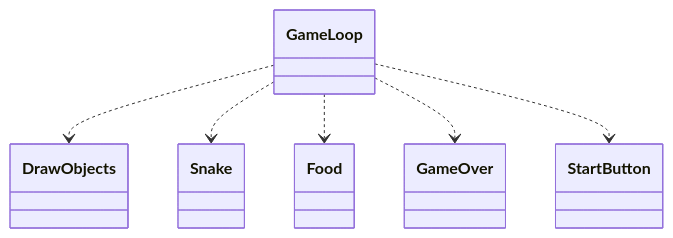
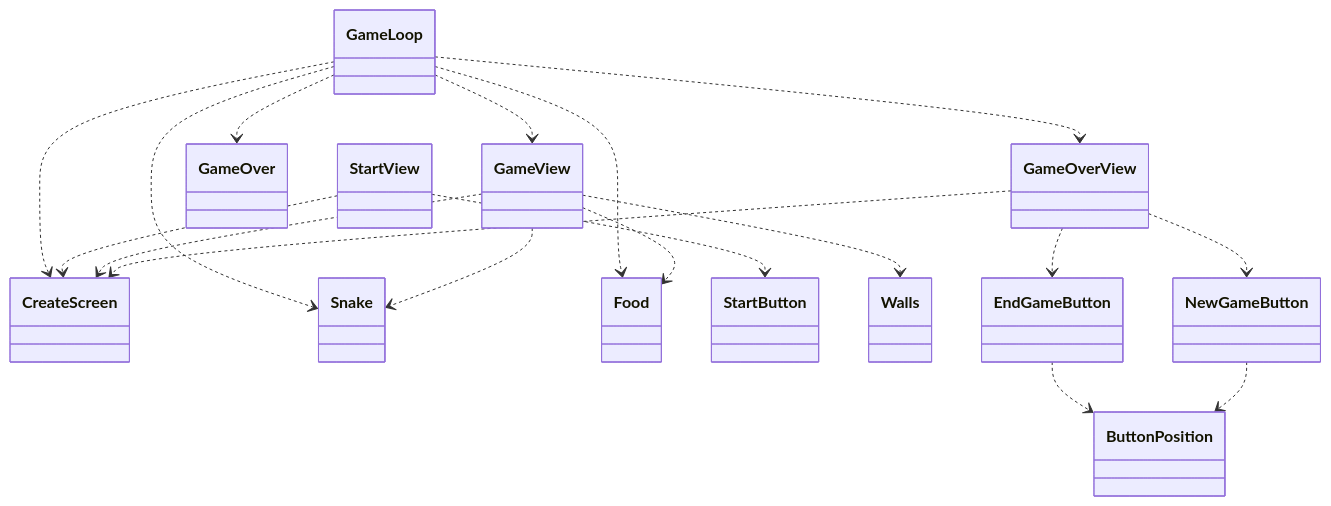
The first of 2 diagrams in dokumentaatio/arkkitehtuuri.md (sannilatvala/ot-harjoitustyo), drawn with Mermaid before and after one commit. The commit also changed other lines of this file and 36 other files, not shown here.

````diff
--- a/dokumentaatio/arkkitehtuuri.md
+++ b/dokumentaatio/arkkitehtuuri.md
@@ -2,8 +4,21 @@
 ```mermaid
 classDiagram
-    GameLoop ..> DrawObjects
+    GameLoop ..> GameView
+    GameLoop ..> GameOverView
+    GameLoop ..> CreateScreen
     GameLoop ..> Snake
     GameLoop ..> Food
     GameLoop ..> GameOver
-    GameLoop ..> StartButton
+    StartView ..> StartButton
+    StartView ..> CreateScreen
+    GameView ..> CreateScreen
+    GameView ..> Walls
+    GameView ..> Food
+    GameView ..> Snake
+    GameOverView ..> EndGameButton
+    GameOverView ..> NewGameButton
+    GameOverView ..> CreateScreen
+    EndGameButton ..> ButtonPosition
+    NewGameButton ..> ButtonPosition
+
 ```
````
